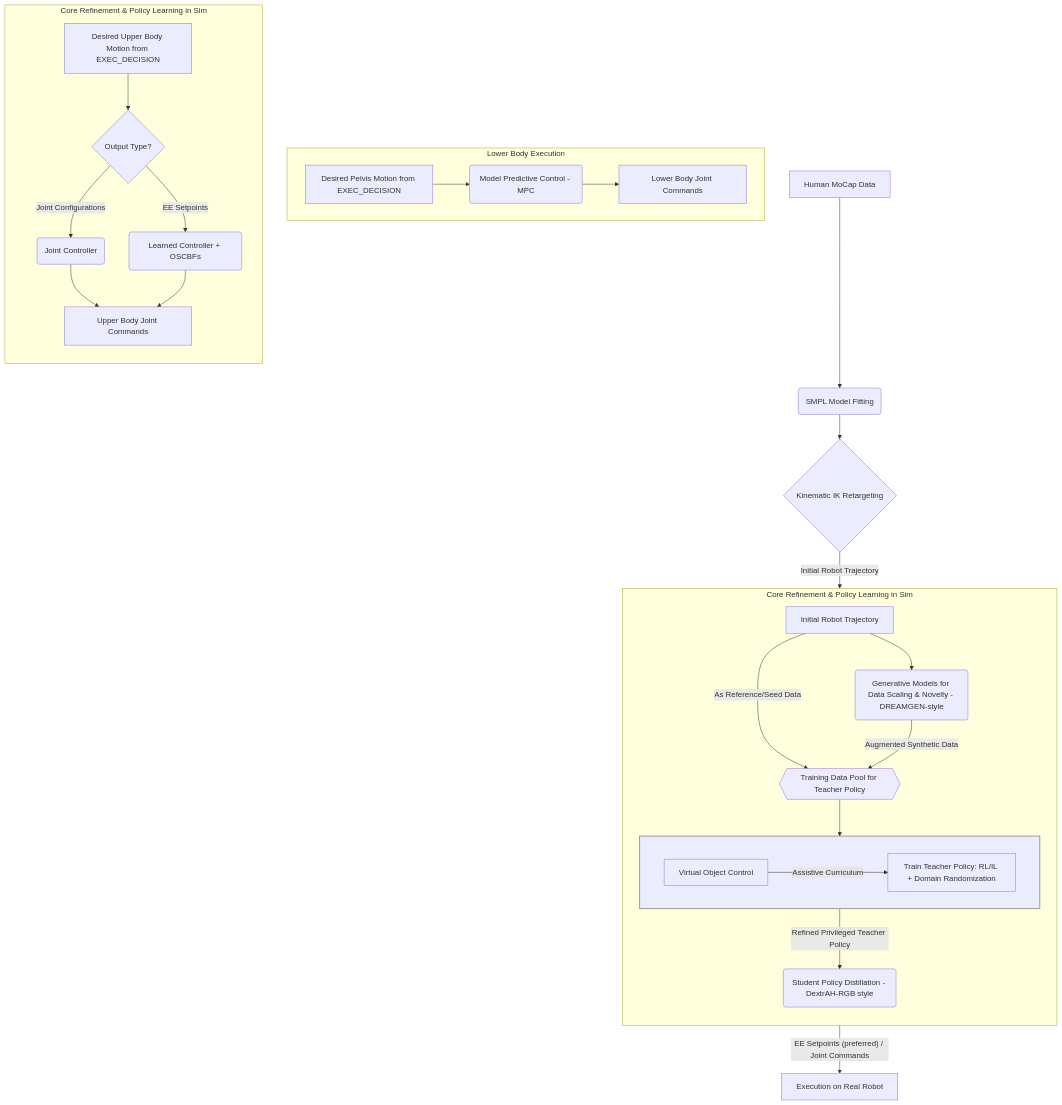
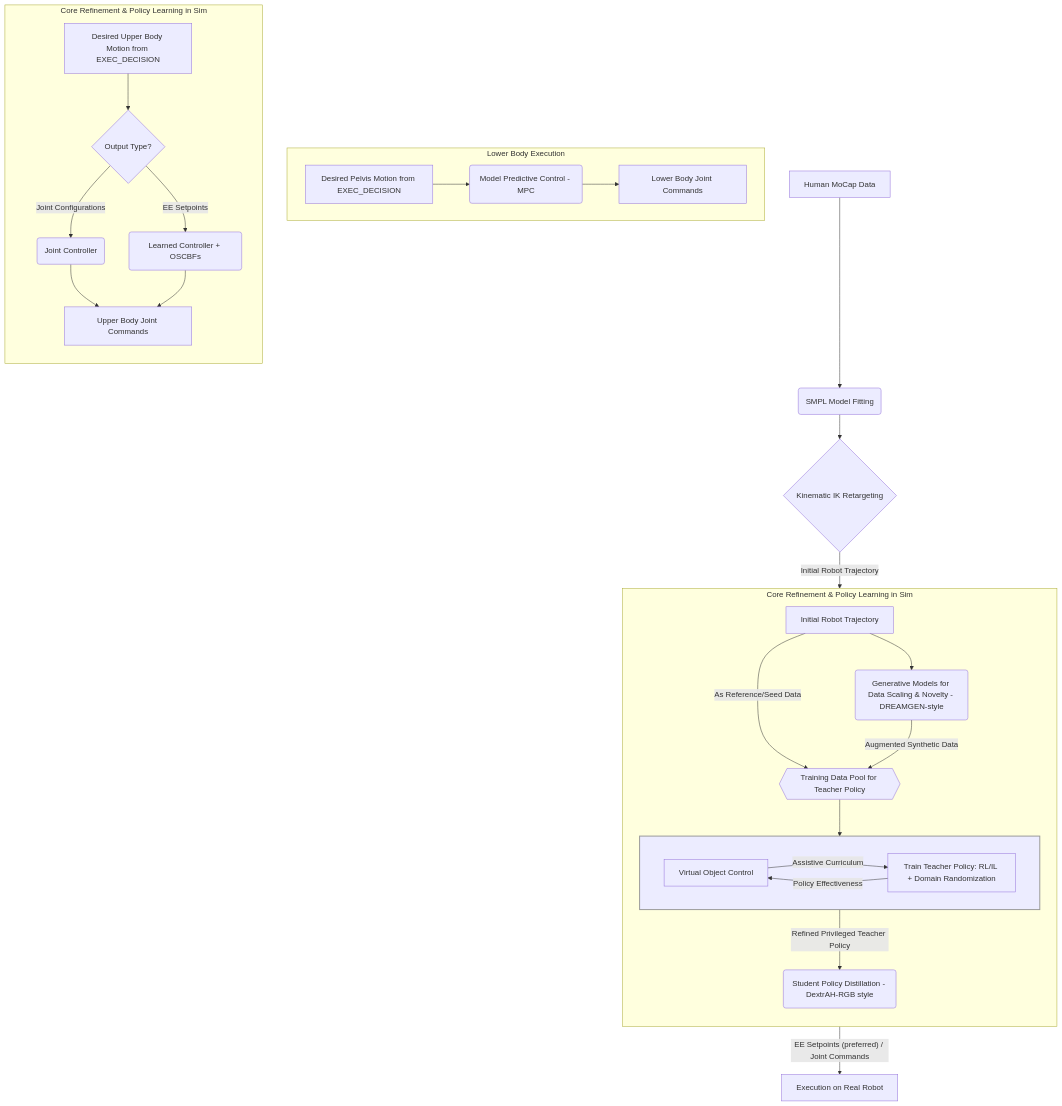
Before and after one commit to moribots/mocap_policy: the diagram in flowchart.mmd, drawn with Mermaid.

Commit message:
fixup! fixup! fixup! fixup! update

```diff
--- a/flowchart.mmd
+++ b/flowchart.mmd
@@ -1,49 +1,50 @@
 ---
 config:
   layout: dagre
 ---
 flowchart TD
  subgraph E_Iterative_Loop[" "]
     direction LR
         CURRICULUM["Virtual Object Control"]
         E_Train_Teacher["Train Teacher Policy: RL/IL + Domain Randomization"]
   end
  subgraph Sim_Training_Pipeline["Core Refinement &amp; Policy Learning in Sim"]
     direction TB
         E_Initial_Traj_Node["Initial Robot Trajectory"]
         E_DREAMGEN("Generative Models for Data Scaling & Novelty - DREAMGEN-style")
         E_Training_Data_Pool{{"Training Data Pool for Teacher Policy"}}
         E_Iterative_Loop
         E_Distill("Student Policy Distillation - DextrAH-RGB style")
   end
  subgraph F_EXEC_Lower["Lower Body Execution"]
         F_EXEC_L_MPC("Model Predictive Control - MPC")
         F_EXEC_L_Input["Desired Pelvis Motion from EXEC_DECISION"]
         F_EXEC_L_Cmds["Lower Body Joint Commands"]
   end
  subgraph F_EXEC_Upper["Core Refinement &amp; Policy Learning in Sim"]
     direction TB
         F_EXEC_U_Decision{"Output Type?"}
         F_EXEC_U_Input["Desired Upper Body Motion from EXEC_DECISION"]
         F_EXEC_U_JC("Joint Controller")
         F_EXEC_U_Cmds["Upper Body Joint Commands"]
         F_EXEC_U_EESC("Learned Controller + OSCBFs")
   end
     A["Human MoCap Data"] --> B("SMPL Model Fitting")
     B --> C{"Kinematic IK Retargeting"}
     C -- Initial Robot Trajectory --> E_Initial_Traj_Node
     E_Initial_Traj_Node --> E_DREAMGEN
     E_Initial_Traj_Node -- As Reference/Seed Data --> E_Training_Data_Pool
     E_DREAMGEN -- Augmented Synthetic Data --> E_Training_Data_Pool
     E_Training_Data_Pool --> E_Iterative_Loop
+    E_Train_Teacher -- Policy Effectiveness --> CURRICULUM
     CURRICULUM -- Assistive Curriculum --> E_Train_Teacher
     E_Iterative_Loop -- Refined Privileged Teacher Policy --> E_Distill
     E_Distill -- EE Setpoints (preferred) / Joint Commands --> F_EXEC["Execution on Real Robot"]
     F_EXEC_L_Input --> F_EXEC_L_MPC
     F_EXEC_L_MPC --> F_EXEC_L_Cmds
     F_EXEC_U_Input --> F_EXEC_U_Decision
     F_EXEC_U_Decision -- Joint Configurations --> F_EXEC_U_JC
     F_EXEC_U_JC --> F_EXEC_U_Cmds
     F_EXEC_U_Decision -- EE Setpoints --> F_EXEC_U_EESC
     F_EXEC_U_EESC --> F_EXEC_U_Cmds
     style E_Iterative_Loop fill:#ececff,stroke:#999,stroke-width:2px
```
